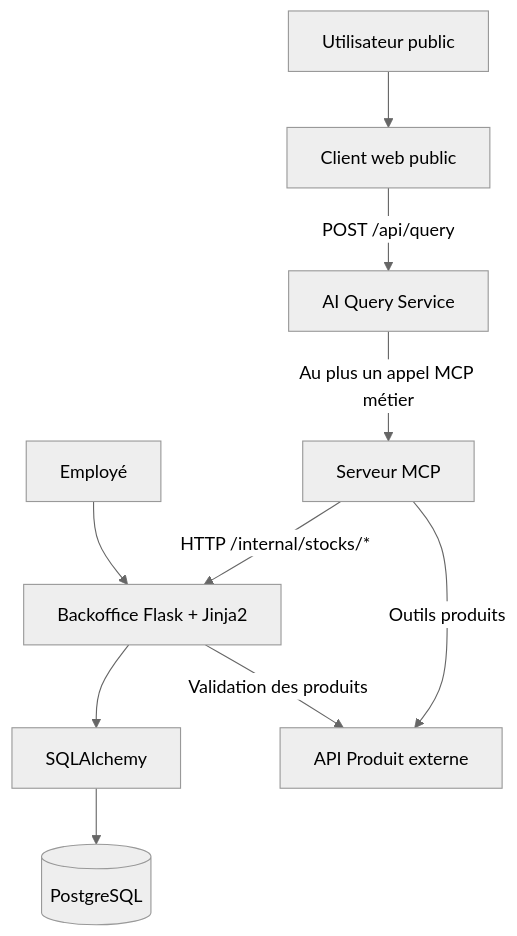
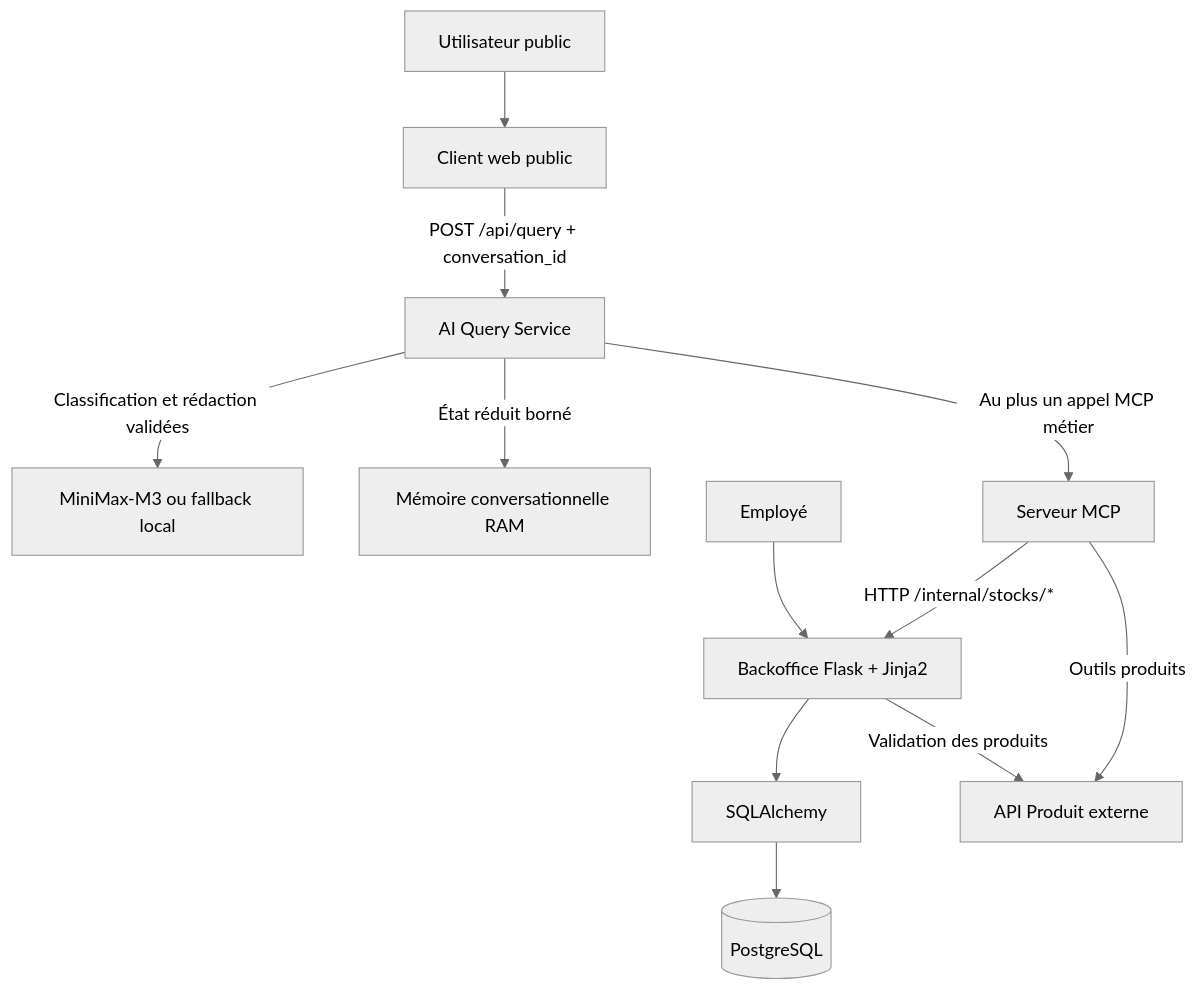
Before and after one commit to John-Natty/holbertonschool-hbntory: the first of 2 diagrams in docs/architecture.md, drawn with Mermaid (neutral theme). The commit also changed other lines of this file and 67 other files, not shown here.

````diff
--- a/docs/architecture.md
+++ b/docs/architecture.md
@@ -302,27 +348,31 @@
 ```mermaid
 flowchart TB
     PublicUser[Utilisateur public]
     Client[Client web public]
     AIService[AI Query Service]
+    Model[MiniMax-M3 ou fallback local]
+    Memory[Mémoire conversationnelle RAM]
     MCP[Serveur MCP]
 
     Employee[Employé]
     Backoffice[Backoffice Flask + Jinja2]
     ORM[SQLAlchemy]
     Database[(PostgreSQL)]
 
     ProductAPI[API Produit externe]
 
     PublicUser --> Client
-    Client -->|POST /api/query| AIService
+    Client -->|POST /api/query + conversation_id| AIService
+    AIService -->|État réduit borné| Memory
+    AIService -->|Classification et rédaction validées| Model
     AIService -->|Au plus un appel MCP métier| MCP
 
     MCP -->|Outils produits| ProductAPI
     MCP -->|HTTP /internal/stocks/*| Backoffice
 
     Employee --> Backoffice
     Backoffice --> ORM
     ORM --> Database
 
     Backoffice -->|Validation des produits| ProductAPI
 ```
````
